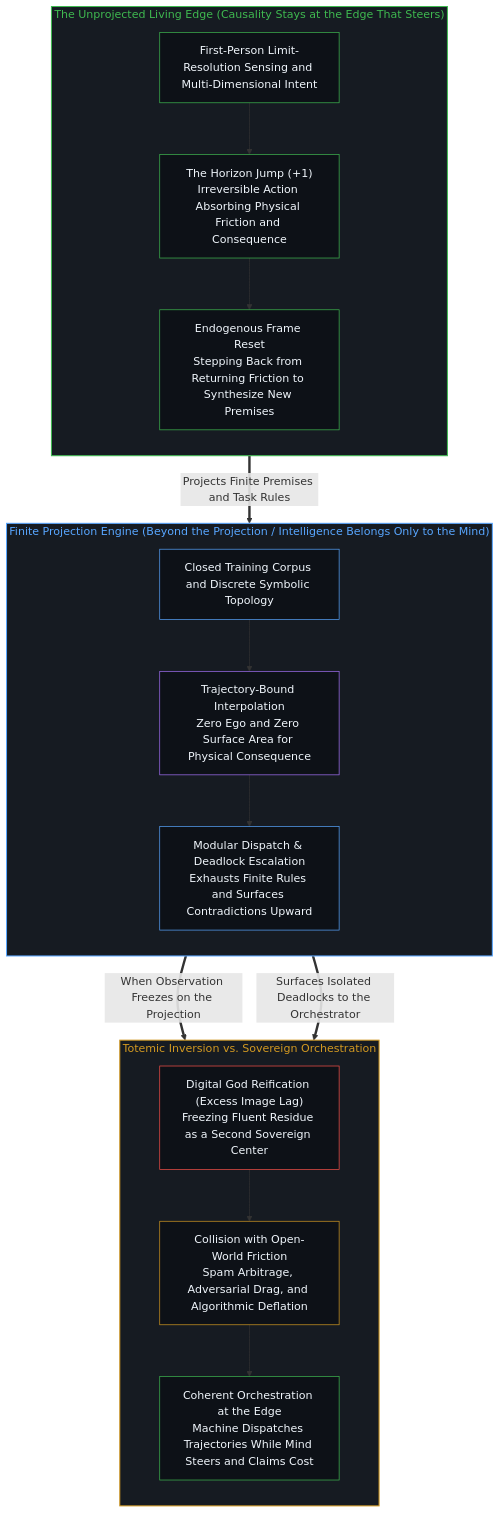
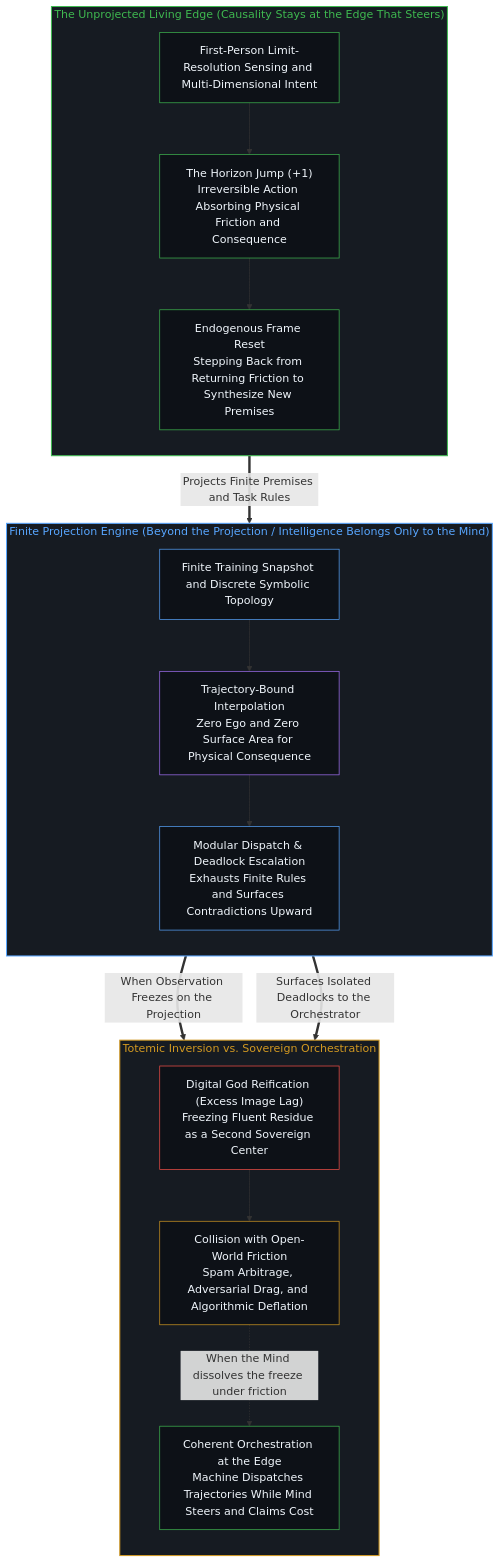
The second of 2 diagrams in content/posts/the-digital-god-and-the-horizon-jump.md (powerpig99/not-a-toe), drawn with Mermaid before and after one commit. The commit also changed other lines of this file and 5 other files, not shown here.

````diff
--- a/content/posts/the-digital-god-and-the-horizon-jump.md
+++ b/content/posts/the-digital-god-and-the-horizon-jump.md
@@ -91,39 +92,40 @@
 ```mermaid
 flowchart TD
     subgraph S_EDGE["The Unprojected Living Edge (Causality Stays at the Edge That Steers)"]
         direction TB
         N1["First-Person Limit-Resolution Sensing and Multi-Dimensional Intent"]
         N2["The Horizon Jump (+1)<br/>Irreversible Action Absorbing Physical Friction and Consequence"]
         N3["Endogenous Frame Reset<br/>Stepping Back from Returning Friction to Synthesize New Premises"]
         N1 --> N2 --> N3
     end
     subgraph S_PROJ["Finite Projection Engine (Beyond the Projection / Intelligence Belongs Only to the Mind)"]
         direction TB
-        E1["Closed Training Corpus and Discrete Symbolic Topology"]
+        E1["Finite Training Snapshot and Discrete Symbolic Topology"]
         E2["Trajectory-Bound Interpolation<br/>Zero Ego and Zero Surface Area for Physical Consequence"]
         E3["Modular Dispatch & Deadlock Escalation<br/>Exhausts Finite Rules and Surfaces Contradictions Upward"]
         E1 --> E2 --> E3
     end
     subgraph S_TOTEM["Totemic Inversion vs. Sovereign Orchestration"]
         direction TB
         F1["Digital God Reification (Excess Image Lag)<br/>Freezing Fluent Residue as a Second Sovereign Center"]
         F2["Collision with Open-World Friction<br/>Spam Arbitrage, Adversarial Drag, and Algorithmic Deflation"]
         F3["Coherent Orchestration at the Edge<br/>Machine Dispatches Trajectories While Mind Steers and Claims Cost"]
-        F1 --> F2 --> F3
+        F1 --> F2
+        F2 -.->|"When the Mind dissolves the freeze under friction"| F3
     end
     N3 ==>|"Projects Finite Premises and Task Rules"| E1
     E3 ==>|"When Observation Freezes on the Projection"| F1
     E3 ==>|"Surfaces Isolated Deadlocks to the Orchestrator"| F3
     style S_EDGE fill:#161b22,stroke:#3fb950,stroke-width:1.5px,color:#3fb950
     style S_PROJ fill:#161b22,stroke:#58a6ff,stroke-width:1.5px,color:#58a6ff
     style S_TOTEM fill:#161b22,stroke:#d29922,stroke-width:1.5px,color:#d29922
     style N1 fill:#0d1117,stroke:#3fb950,stroke-width:1px,color:#f0f6fc
     style N2 fill:#0d1117,stroke:#3fb950,stroke-width:1px,color:#f0f6fc
     style N3 fill:#0d1117,stroke:#3fb950,stroke-width:1px,color:#f0f6fc
     style E1 fill:#0d1117,stroke:#58a6ff,stroke-width:1px,color:#f0f6fc
     style E2 fill:#0d1117,stroke:#a371f7,stroke-width:1px,color:#f0f6fc
     style E3 fill:#0d1117,stroke:#58a6ff,stroke-width:1px,color:#f0f6fc
     style F1 fill:#0d1117,stroke:#f85149,stroke-width:1px,color:#f0f6fc
     style F2 fill:#0d1117,stroke:#d29922,stroke-width:1px,color:#f0f6fc
     style F3 fill:#0d1117,stroke:#3fb950,stroke-width:1px,color:#f0f6fc
 ```
````
